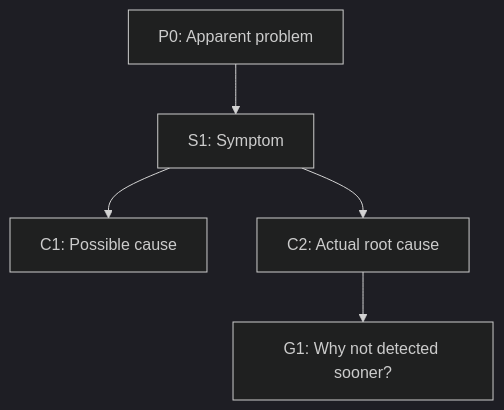
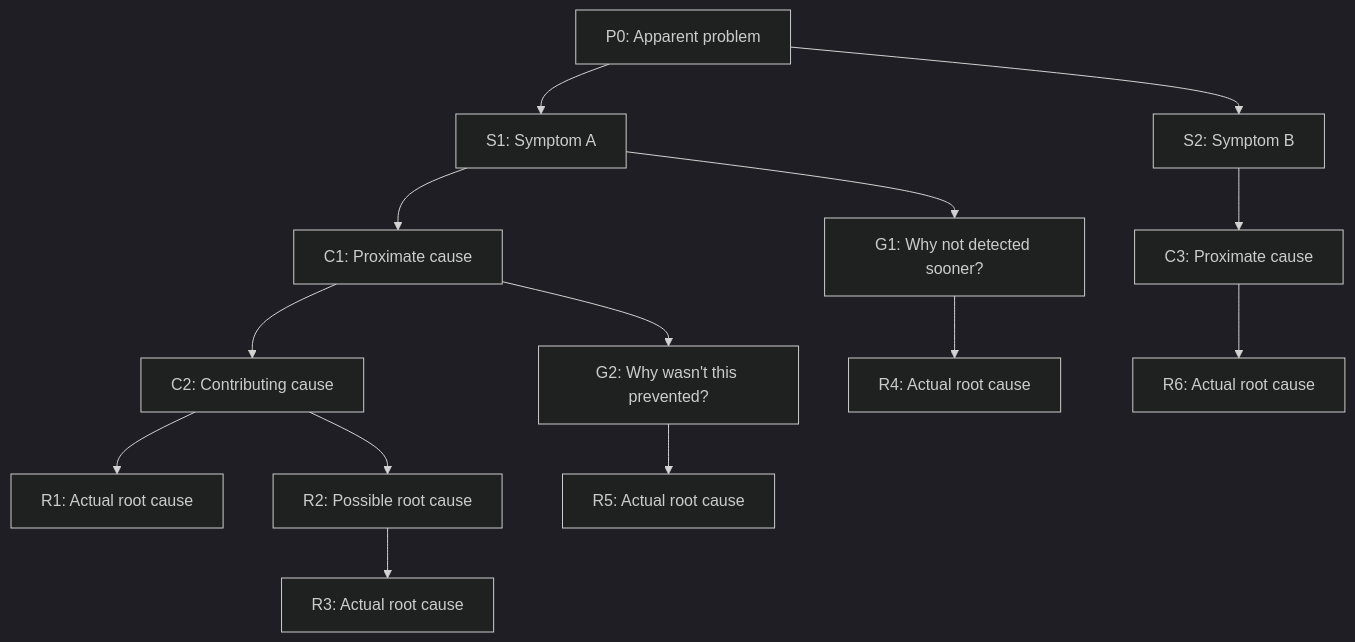
The diagram in rca/SKILL.md (goblindegook/skills), drawn with Mermaid (dark theme) before and after one commit. The commit also changed other lines of this file, not shown here.

````diff
--- a/rca/SKILL.md
+++ b/rca/SKILL.md
@@ -105,7 +109,22 @@
 ```mermaid
 flowchart TD
-  P["P0: Apparent problem"] --> S1["S1: Symptom"]
-  S1 --> C1["C1: Possible cause"]
-  S1 --> C2["C2: Actual root cause"]
-  C2 --> G1["G1: Why not detected sooner?"]
+  P0["P0: Apparent problem"]
+
+  P0 --> S1["S1: Symptom A"]
+  P0 --> S2["S2: Symptom B"]
+
+  S1 --> C1["C1: Proximate cause"]
+  C1 --> C2["C2: Contributing cause"]
+  C2 --> R1["R1: Actual root cause"]
+  C2 --> R2["R2: Possible root cause"]
+  R2 --> R3["R3: Actual root cause"]
+
+  S1 --> G1["G1: Why not detected sooner?"]
+  G1 --> R4["R4: Actual root cause"]
+
+  C1 --> G2["G2: Why wasn't this prevented?"]
+  G2 --> R5["R5: Actual root cause"]
+
+  S2 --> C3["C3: Proximate cause"]
+  C3 --> R6["R6: Actual root cause"]
 ```
````
